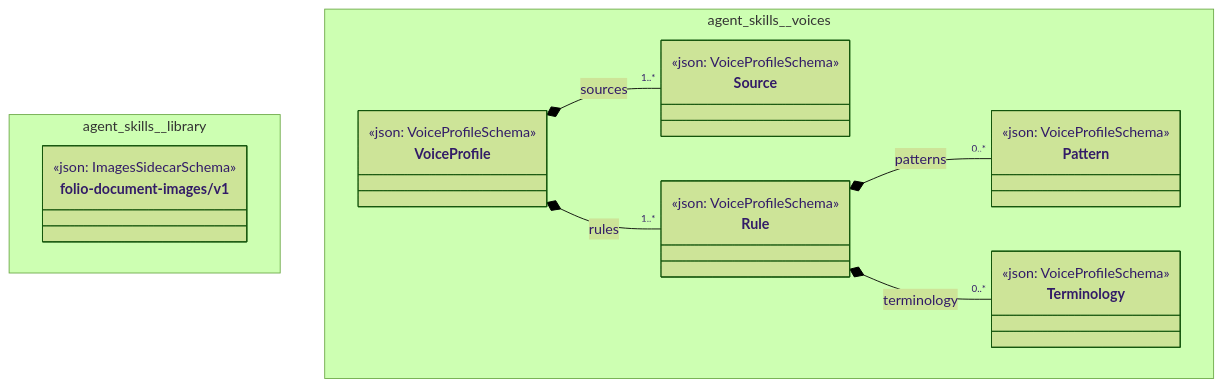
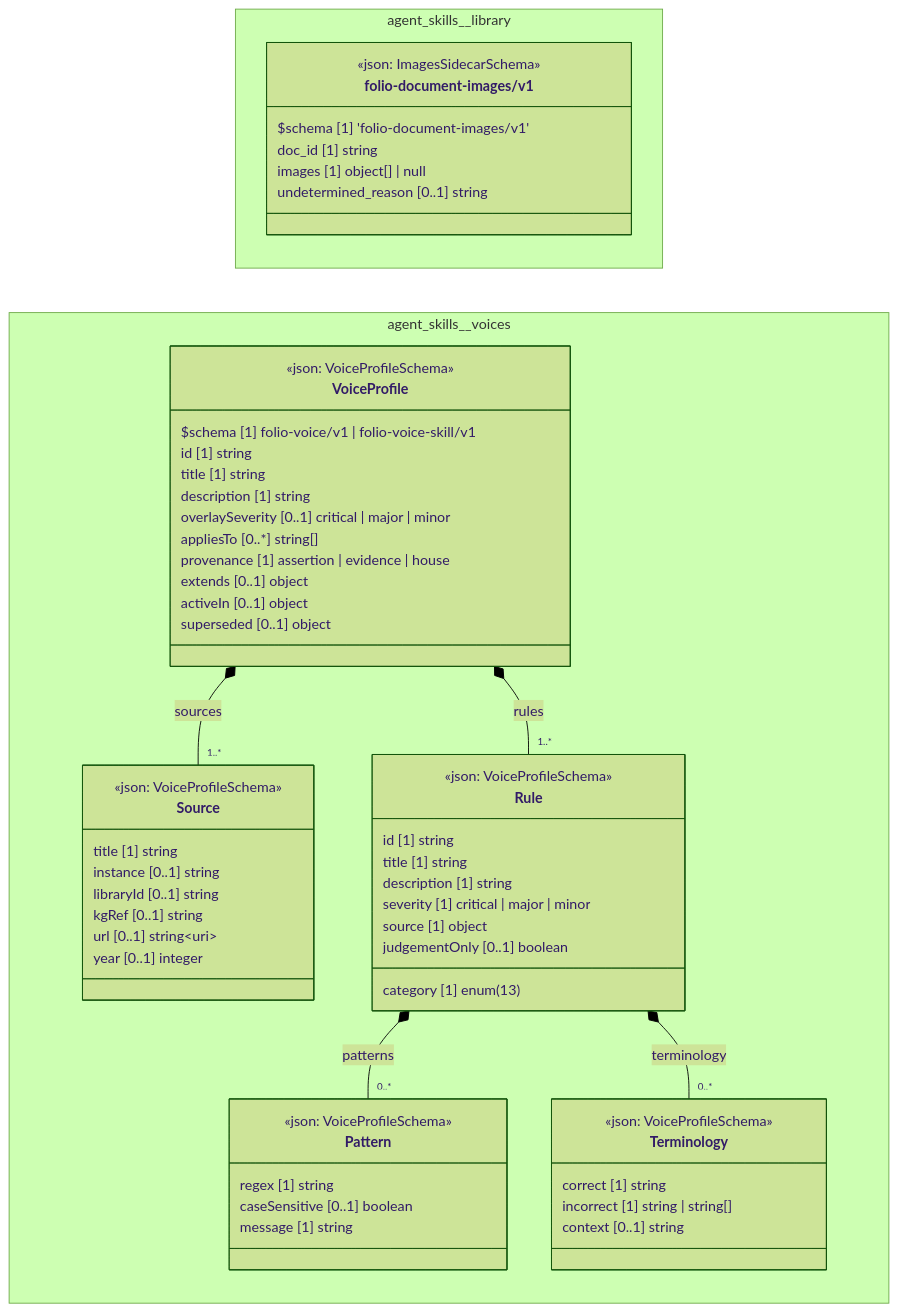
The diagram in cat-harness/docs/uml/overview/agent-skills.md (litlfred/folio-assistant), drawn with Mermaid (forest theme) before and after one commit. The commit also changed 92 other files, not shown here.

First line of the commit message:
uml: data fields and a vertical stack on the overview; PlantUML coloured from uml.css

````diff
--- a/cat-harness/docs/uml/overview/agent-skills.md
+++ b/cat-harness/docs/uml/overview/agent-skills.md
@@ -12,36 +12,69 @@
 ```mermaid
 classDiagram
-  direction TB
+  direction LR
   namespace agent_skills__library {
     class agent_skills_library_folio_document_images_v1_folio_document_images_v1["folio-document-images/v1"] {
       <<json: ImagesSidecarSchema>>
+      $schema [1] 'folio-document-images/v1'
+      doc_id [1] string
+      images [1] object[] | null
+      undetermined_reason [0..1] string
     }
   }
   namespace agent_skills__voices {
     class agent_skills_voices_Source["Source"] {
       <<json: VoiceProfileSchema>>
+      title [1] string
+      instance [0..1] string
+      libraryId [0..1] string
+      kgRef [0..1] string
+      url [0..1] string~uri~
+      year [0..1] integer
     }
     class agent_skills_voices_Pattern["Pattern"] {
       <<json: VoiceProfileSchema>>
+      regex [1] string
+      caseSensitive [0..1] boolean
+      message [1] string
     }
     class agent_skills_voices_Terminology["Terminology"] {
       <<json: VoiceProfileSchema>>
+      correct [1] string
+      incorrect [1] string | string[]
+      context [0..1] string
     }
     class agent_skills_voices_Rule["Rule"] {
       <<json: VoiceProfileSchema>>
+      id [1] string
+      title [1] string
+      description [1] string
+      category [1] enum(13)
+      severity [1] critical | major | minor
+      source [1] object
+      judgementOnly [0..1] boolean
     }
     class agent_skills_voices_VoiceProfile["VoiceProfile"] {
       <<json: VoiceProfileSchema>>
+      $schema [1] folio-voice/v1 | folio-voice-skill/v1
+      id [1] string
+      title [1] string
+      description [1] string
+      overlaySeverity [0..1] critical | major | minor
+      appliesTo [0..*] string[]
+      provenance [1] assertion | evidence | house
+      extends [0..1] object
+      activeIn [0..1] object
+      superseded [0..1] object
     }
   }
   cssClass "agent_skills_library_folio_document_images_v1_folio_document_images_v1" fa_uml_kind_library
   agent_skills_voices_VoiceProfile *-- "1..*" agent_skills_voices_Source : sources
   agent_skills_voices_Rule *-- "0..*" agent_skills_voices_Pattern : patterns
   agent_skills_voices_Rule *-- "0..*" agent_skills_voices_Terminology : terminology
   agent_skills_voices_VoiceProfile *-- "1..*" agent_skills_voices_Rule : rules
   cssClass "agent_skills_voices_Source" fa_uml_kind_voices
   cssClass "agent_skills_voices_Pattern" fa_uml_kind_voices
   cssClass "agent_skills_voices_Terminology" fa_uml_kind_voices
   cssClass "agent_skills_voices_Rule" fa_uml_kind_voices
   cssClass "agent_skills_voices_VoiceProfile" fa_uml_kind_voices
 ```
````
